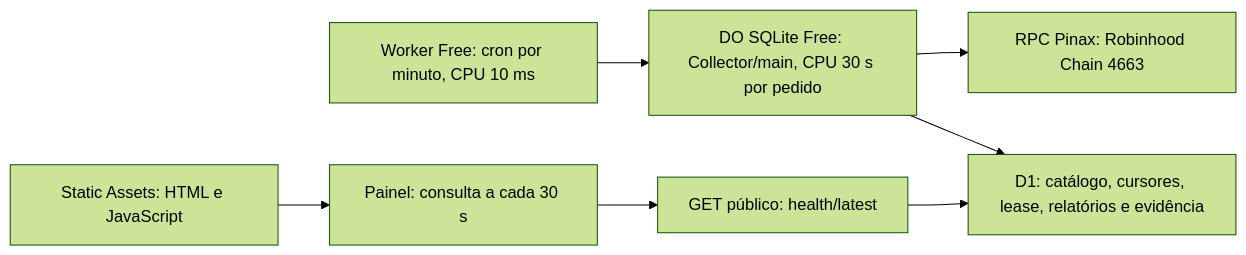
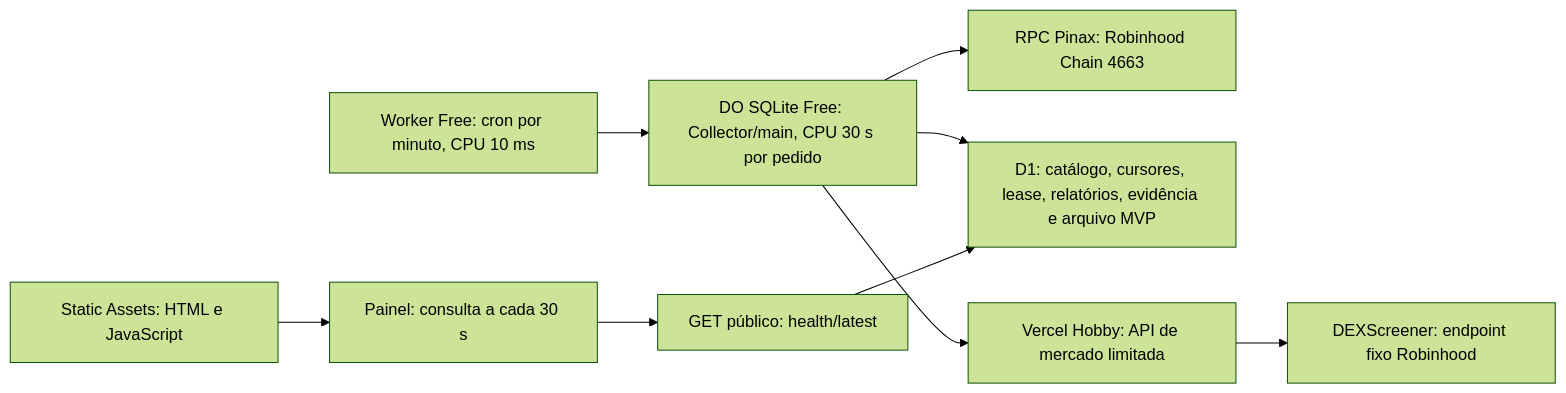
Before and after one commit to urbanz95/memecoin-radar-mvp: the diagram in docs/ARCHITECTURE.md, drawn with Mermaid (forest theme). The commit also changed other lines of this file and 8 other files, not shown here.

````diff
--- a/docs/ARCHITECTURE.md
+++ b/docs/ARCHITECTURE.md
@@ -51,9 +55,11 @@
 ```mermaid
 flowchart LR
   Cron[Worker Free: cron por minuto, CPU 10 ms] --> DO[DO SQLite Free: Collector/main, CPU 30 s por pedido]
   DO --> RPC[RPC Pinax: Robinhood Chain 4663]
-  DO --> D1[D1: catálogo, cursores, lease, relatórios e evidência]
+  DO --> D1[D1: catálogo, cursores, lease, relatórios, evidência e arquivo MVP]
+  DO --> Gateway[Vercel Hobby: API de mercado limitada]
+  Gateway --> DEX[DEXScreener: endpoint fixo Robinhood]
   Browser[Painel: consulta a cada 30 s] --> Public[GET público: health/latest]
   Assets[Static Assets: HTML e JavaScript] --> Browser
   Public --> D1
 ```
````
